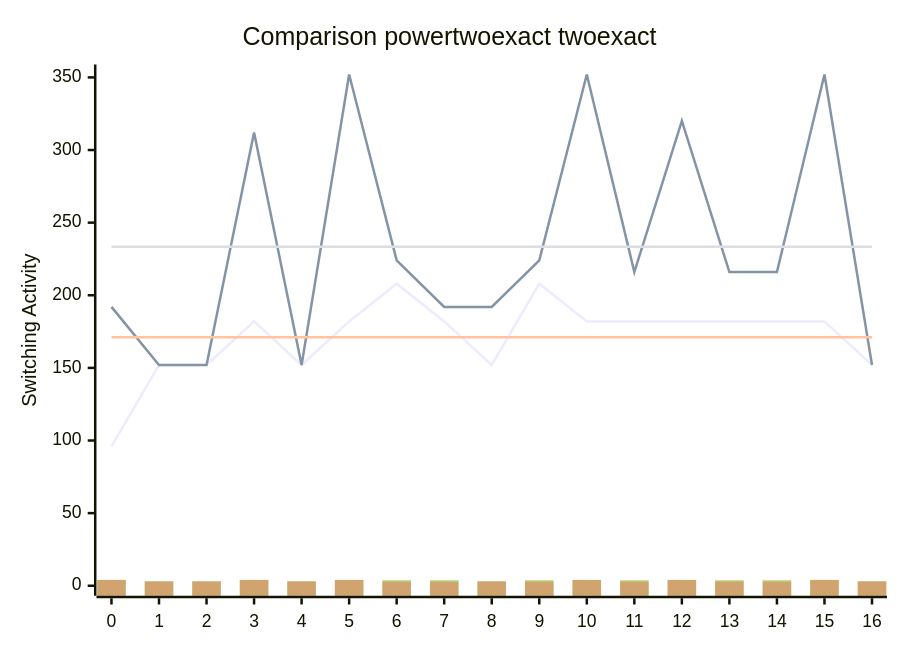
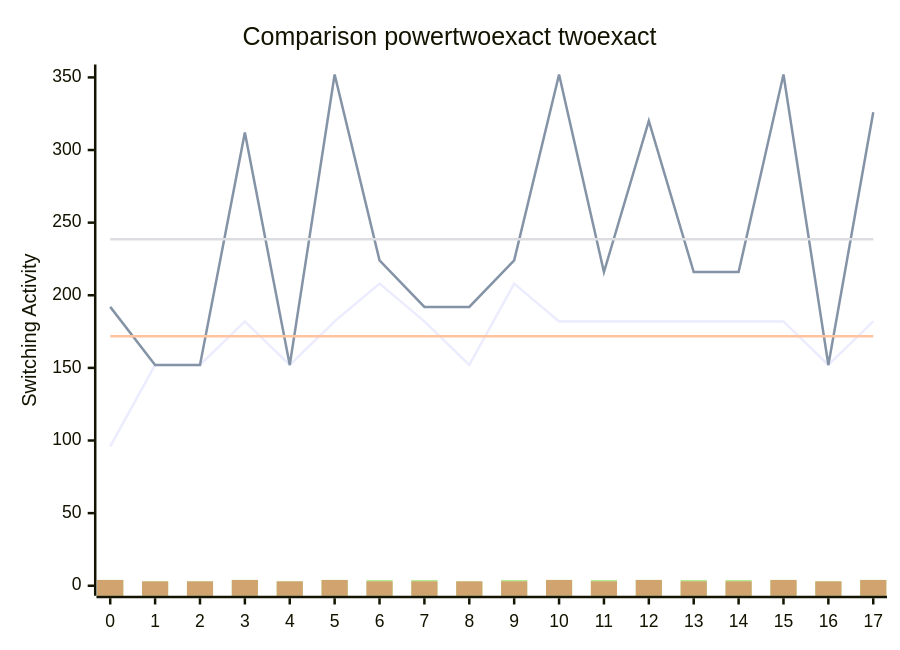
One commit to FeldmeierMichael/Exact-Power-Synthesis changed the diagram in benchmark.md. Above: the diagram before and after it, drawn with Mermaid. The commit also changed other lines of this file and 2 other files, not shown here.

````diff
--- a/benchmark.md
+++ b/benchmark.md
@@ -35,12 +37,12 @@
 ```mermaid
 xychart-beta
     title "Comparison powertwoexact twoexact"
-    x-axis [0, 1, 2, 3, 4, 5, 6, 7, 8, 9, 10, 11, 12, 13, 14, 15, 16]
+    x-axis [0, 1, 2, 3, 4, 5, 6, 7, 8, 9, 10, 11, 12, 13, 14, 15, 16, 17]
     y-axis "Switching Activity" 0-->352
-    line [96, 152, 152, 182, 152, 182, 208, 182, 152, 208, 182, 182, 182, 182, 182, 182, 152]
-    line [192, 152, 152, 312, 152, 352, 224, 192, 192, 224, 352, 216, 320, 216, 216, 352, 152]
-    line [171.1764705882353, 171.1764705882353, 171.1764705882353, 171.1764705882353, 171.1764705882353, 171.1764705882353, 171.1764705882353, 171.1764705882353, 171.1764705882353, 171.1764705882353, 171.1764705882353, 171.1764705882353, 171.1764705882353, 171.1764705882353, 171.1764705882353, 171.1764705882353, 171.1764705882353]
-    line [233.41176470588235, 233.41176470588235, 233.41176470588235, 233.41176470588235, 233.41176470588235, 233.41176470588235, 233.41176470588235, 233.41176470588235, 233.41176470588235, 233.41176470588235, 233.41176470588235, 233.41176470588235, 233.41176470588235, 233.41176470588235, 233.41176470588235, 233.41176470588235, 233.41176470588235]
-    bar [4, 3, 3, 4, 3, 4, 4, 4, 3, 4, 4, 4, 4, 4, 4, 4, 3, 4, 3, 3, 4, 3, 4, 4, 4, 3, 4, 4, 4, 4, 4, 4, 4, 3, 4, 3, 3, 4, 3, 4, 4, 4, 3, 4, 4, 4, 4, 4, 4, 4, 3, 4, 3, 3, 4, 3, 4, 4, 4, 3, 4, 4, 4, 4, 4, 4, 4, 3, 4, 3, 3, 4, 3, 4, 4, 4, 3, 4, 4, 4, 4, 4, 4, 4, 3, 4, 3, 3, 4, 3, 4, 4, 4, 3, 4, 4, 4, 4, 4, 4, 4, 3, 4, 3, 3, 4, 3, 4, 4, 4, 3, 4, 4, 4, 4, 4, 4, 4, 3, 4, 3, 3, 4, 3, 4, 4, 4, 3, 4, 4, 4, 4, 4, 4, 4, 3, 4, 3, 3, 4, 3, 4, 4, 4, 3, 4, 4, 4, 4, 4, 4, 4, 3, 4, 3, 3, 4, 3, 4, 4, 4, 3, 4, 4, 4, 4, 4, 4, 4, 3, 4, 3, 3, 4, 3, 4, 4, 4, 3, 4, 4, 4, 4, 4, 4, 4, 3, 4, 3, 3, 4, 3, 4, 4, 4, 3, 4, 4, 4, 4, 4, 4, 4, 3, 4, 3, 3, 4, 3, 4, 4, 4, 3, 4, 4, 4, 4, 4, 4, 4, 3, 4, 3, 3, 4, 3, 4, 4, 4, 3, 4, 4, 4, 4, 4, 4, 4, 3, 4, 3, 3, 4, 3, 4, 4, 4, 3, 4, 4, 4, 4, 4, 4, 4, 3, 4, 3, 3, 4, 3, 4, 4, 4, 3, 4, 4, 4, 4, 4, 4, 4, 3, 4, 3, 3, 4, 3, 4, 4, 4, 3, 4, 4, 4, 4, 4, 4, 4, 3, 4, 3, 3, 4, 3, 4, 4, 4, 3, 4, 4, 4, 4, 4, 4, 4, 3, 4, 3, 3, 4, 3, 4, 4, 4, 3, 4, 4, 4, 4, 4, 4, 4, 3, 4, 3, 3, 4, 3, 4, 4, 4, 3, 4, 4, 4, 4, 4, 4, 4, 3]
-    bar [4, 3, 3, 4, 3, 4, 3, 3, 3, 3, 4, 3, 4, 3, 3, 4, 3, 4, 3, 3, 4, 3, 4, 3, 3, 3, 3, 4, 3, 4, 3, 3, 4, 3, 4, 3, 3, 4, 3, 4, 3, 3, 3, 3, 4, 3, 4, 3, 3, 4, 3, 4, 3, 3, 4, 3, 4, 3, 3, 3, 3, 4, 3, 4, 3, 3, 4, 3, 4, 3, 3, 4, 3, 4, 3, 3, 3, 3, 4, 3, 4, 3, 3, 4, 3, 4, 3, 3, 4, 3, 4, 3, 3, 3, 3, 4, 3, 4, 3, 3, 4, 3, 4, 3, 3, 4, 3, 4, 3, 3, 3, 3, 4, 3, 4, 3, 3, 4, 3, 4, 3, 3, 4, 3, 4, 3, 3, 3, 3, 4, 3, 4, 3, 3, 4, 3, 4, 3, 3, 4, 3, 4, 3, 3, 3, 3, 4, 3, 4, 3, 3, 4, 3, 4, 3, 3, 4, 3, 4, 3, 3, 3, 3, 4, 3, 4, 3, 3, 4, 3, 4, 3, 3, 4, 3, 4, 3, 3, 3, 3, 4, 3, 4, 3, 3, 4, 3, 4, 3, 3, 4, 3, 4, 3, 3, 3, 3, 4, 3, 4, 3, 3, 4, 3, 4, 3, 3, 4, 3, 4, 3, 3, 3, 3, 4, 3, 4, 3, 3, 4, 3, 4, 3, 3, 4, 3, 4, 3, 3, 3, 3, 4, 3, 4, 3, 3, 4, 3, 4, 3, 3, 4, 3, 4, 3, 3, 3, 3, 4, 3, 4, 3, 3, 4, 3, 4, 3, 3, 4, 3, 4, 3, 3, 3, 3, 4, 3, 4, 3, 3, 4, 3, 4, 3, 3, 4, 3, 4, 3, 3, 3, 3, 4, 3, 4, 3, 3, 4, 3, 4, 3, 3, 4, 3, 4, 3, 3, 3, 3, 4, 3, 4, 3, 3, 4, 3, 4, 3, 3, 4, 3, 4, 3, 3, 3, 3, 4, 3, 4, 3, 3, 4, 3, 4, 3, 3, 4, 3, 4, 3, 3, 3, 3, 4, 3, 4, 3, 3, 4, 3]
+    line [96, 152, 152, 182, 152, 182, 208, 182, 152, 208, 182, 182, 182, 182, 182, 182, 152, 182]
+    line [192, 152, 152, 312, 152, 352, 224, 192, 192, 224, 352, 216, 320, 216, 216, 352, 152, 326]
+    line [171.77777777777777, 171.77777777777777, 171.77777777777777, 171.77777777777777, 171.77777777777777, 171.77777777777777, 171.77777777777777, 171.77777777777777, 171.77777777777777, 171.77777777777777, 171.77777777777777, 171.77777777777777, 171.77777777777777, 171.77777777777777, 171.77777777777777, 171.77777777777777, 171.77777777777777, 171.77777777777777]
+    line [238.55555555555554, 238.55555555555554, 238.55555555555554, 238.55555555555554, 238.55555555555554, 238.55555555555554, 238.55555555555554, 238.55555555555554, 238.55555555555554, 238.55555555555554, 238.55555555555554, 238.55555555555554, 238.55555555555554, 238.55555555555554, 238.55555555555554, 238.55555555555554, 238.55555555555554, 238.55555555555554]
+    bar [4, 3, 3, 4, 3, 4, 4, 4, 3, 4, 4, 4, 4, 4, 4, 4, 3, 4, 4, 3, 3, 4, 3, 4, 4, 4, 3, 4, 4, 4, 4, 4, 4, 4, 3, 4, 4, 3, 3, 4, 3, 4, 4, 4, 3, 4, 4, 4, 4, 4, 4, 4, 3, 4, 4, 3, 3, 4, 3, 4, 4, 4, 3, 4, 4, 4, 4, 4, 4, 4, 3, 4, 4, 3, 3, 4, 3, 4, 4, 4, 3, 4, 4, 4, 4, 4, 4, 4, 3, 4, 4, 3, 3, 4, 3, 4, 4, 4, 3, 4, 4, 4, 4, 4, 4, 4, 3, 4, 4, 3, 3, 4, 3, 4, 4, 4, 3, 4, 4, 4, 4, 4, 4, 4, 3, 4, 4, 3, 3, 4, 3, 4, 4, 4, 3, 4, 4, 4, 4, 4, 4, 4, 3, 4, 4, 3, 3, 4, 3, 4, 4, 4, 3, 4, 4, 4, 4, 4, 4, 4, 3, 4, 4, 3, 3, 4, 3, 4, 4, 4, 3, 4, 4, 4, 4, 4, 4, 4, 3, 4, 4, 3, 3, 4, 3, 4, 4, 4, 3, 4, 4, 4, 4, 4, 4, 4, 3, 4, 4, 3, 3, 4, 3, 4, 4, 4, 3, 4, 4, 4, 4, 4, 4, 4, 3, 4, 4, 3, 3, 4, 3, 4, 4, 4, 3, 4, 4, 4, 4, 4, 4, 4, 3, 4, 4, 3, 3, 4, 3, 4, 4, 4, 3, 4, 4, 4, 4, 4, 4, 4, 3, 4, 4, 3, 3, 4, 3, 4, 4, 4, 3, 4, 4, 4, 4, 4, 4, 4, 3, 4, 4, 3, 3, 4, 3, 4, 4, 4, 3, 4, 4, 4, 4, 4, 4, 4, 3, 4, 4, 3, 3, 4, 3, 4, 4, 4, 3, 4, 4, 4, 4, 4, 4, 4, 3, 4, 4, 3, 3, 4, 3, 4, 4, 4, 3, 4, 4, 4, 4, 4, 4, 4, 3, 4, 4, 3, 3, 4, 3, 4, 4, 4, 3, 4, 4, 4, 4, 4, 4, 4, 3, 4, 4, 3, 3, 4, 3, 4, 4, 4, 3, 4, 4, 4, 4, 4, 4, 4, 3, 4]
+    bar [4, 3, 3, 4, 3, 4, 3, 3, 3, 3, 4, 3, 4, 3, 3, 4, 3, 4, 4, 3, 3, 4, 3, 4, 3, 3, 3, 3, 4, 3, 4, 3, 3, 4, 3, 4, 4, 3, 3, 4, 3, 4, 3, 3, 3, 3, 4, 3, 4, 3, 3, 4, 3, 4, 4, 3, 3, 4, 3, 4, 3, 3, 3, 3, 4, 3, 4, 3, 3, 4, 3, 4, 4, 3, 3, 4, 3, 4, 3, 3, 3, 3, 4, 3, 4, 3, 3, 4, 3, 4, 4, 3, 3, 4, 3, 4, 3, 3, 3, 3, 4, 3, 4, 3, 3, 4, 3, 4, 4, 3, 3, 4, 3, 4, 3, 3, 3, 3, 4, 3, 4, 3, 3, 4, 3, 4, 4, 3, 3, 4, 3, 4, 3, 3, 3, 3, 4, 3, 4, 3, 3, 4, 3, 4, 4, 3, 3, 4, 3, 4, 3, 3, 3, 3, 4, 3, 4, 3, 3, 4, 3, 4, 4, 3, 3, 4, 3, 4, 3, 3, 3, 3, 4, 3, 4, 3, 3, 4, 3, 4, 4, 3, 3, 4, 3, 4, 3, 3, 3, 3, 4, 3, 4, 3, 3, 4, 3, 4, 4, 3, 3, 4, 3, 4, 3, 3, 3, 3, 4, 3, 4, 3, 3, 4, 3, 4, 4, 3, 3, 4, 3, 4, 3, 3, 3, 3, 4, 3, 4, 3, 3, 4, 3, 4, 4, 3, 3, 4, 3, 4, 3, 3, 3, 3, 4, 3, 4, 3, 3, 4, 3, 4, 4, 3, 3, 4, 3, 4, 3, 3, 3, 3, 4, 3, 4, 3, 3, 4, 3, 4, 4, 3, 3, 4, 3, 4, 3, 3, 3, 3, 4, 3, 4, 3, 3, 4, 3, 4, 4, 3, 3, 4, 3, 4, 3, 3, 3, 3, 4, 3, 4, 3, 3, 4, 3, 4, 4, 3, 3, 4, 3, 4, 3, 3, 3, 3, 4, 3, 4, 3, 3, 4, 3, 4, 4, 3, 3, 4, 3, 4, 3, 3, 3, 3, 4, 3, 4, 3, 3, 4, 3, 4, 4, 3, 3, 4, 3, 4, 3, 3, 3, 3, 4, 3, 4, 3, 3, 4, 3, 4]
 ```
````
